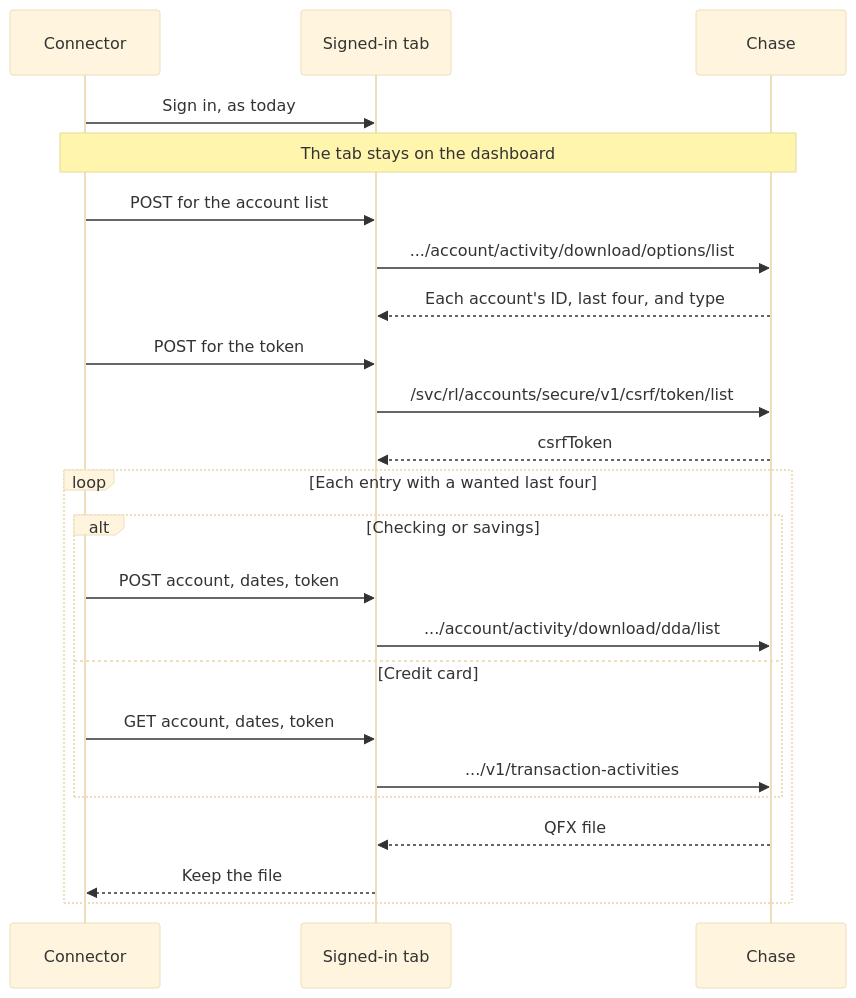
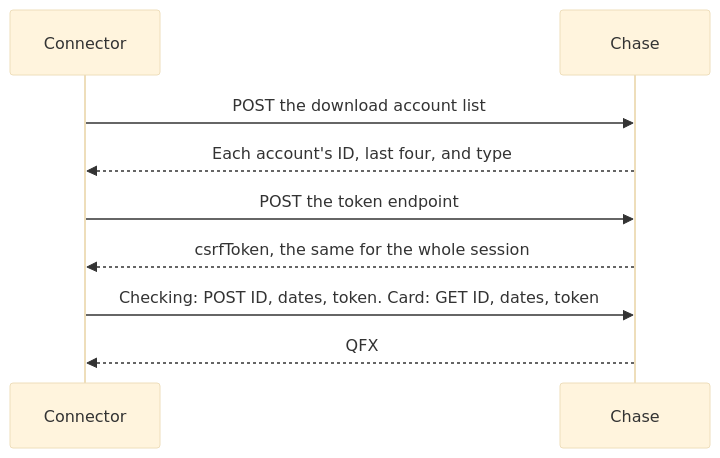
Before and after one commit to spinningyoyo/omsync: the second of 2 diagrams in docs/architecture/bank-requests/chase.md, drawn with Mermaid (base theme). The commit also changed other lines of this file and 140 other files, not shown here.

````diff
--- a/docs/architecture/bank-requests/chase.md
+++ b/docs/architecture/bank-requests/chase.md
@@ -15,25 +30,11 @@
 ```mermaid
 sequenceDiagram
     participant C as Connector
-    participant T as Signed-in tab
     participant B as Chase
-    C->>T: Sign in, as today
-    Note over C,B: The tab stays on the dashboard
-    C->>T: POST for the account list
-    T->>B: .../account/activity/download/options/list
-    B-->>T: Each account's ID, last four, and type
-    C->>T: POST for the token
-    T->>B: /svc/rl/accounts/secure/v1/csrf/token/list
-    B-->>T: csrfToken
-    loop Each entry with a wanted last four
-        alt Checking or savings
-            C->>T: POST account, dates, token
-            T->>B: .../account/activity/download/dda/list
-        else Credit card
-            C->>T: GET account, dates, token
-            T->>B: .../v1/transaction-activities
-        end
-        B-->>T: QFX file
-        T-->>C: Keep the file
-    end
+    C->>B: POST the download account list
+    B-->>C: Each account's ID, last four, and type
+    C->>B: POST the token endpoint
+    B-->>C: csrfToken, the same for the whole session
+    C->>B: Checking: POST ID, dates, token. Card: GET ID, dates, token
+    B-->>C: QFX
 ```
````
